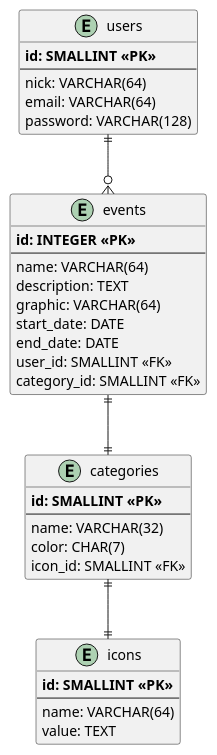
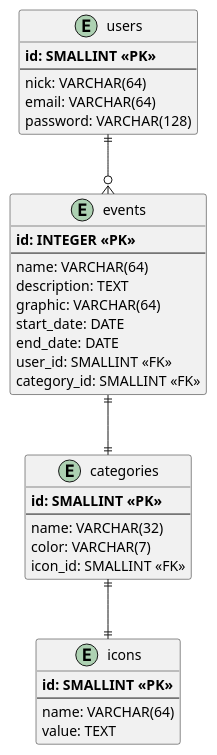
Before and after one commit to SzymonKwiecinski/pw_zai_project_1: the diagram in Diagrams/Database.puml, drawn with PlantUML. The commit also changed 1 other file, not shown here.

```diff
--- a/Diagrams/Database.puml
+++ b/Diagrams/Database.puml
@@ -1,48 +1,48 @@
 @startuml
 ' hide the spot
 ' hide circle
 
 ' avoid problems with angled crows feet
 skinparam linetype ortho
 
 entity users {
   **id: SMALLINT <<PK>>**
   --
   nick: VARCHAR(64)
   email: VARCHAR(64)
   password: VARCHAR(128)
 }
 
 entity events {
   **id: INTEGER <<PK>>**
   --
   name: VARCHAR(64)
   description: TEXT
   graphic: VARCHAR(64)
   start_date: DATE
   end_date: DATE
   user_id: SMALLINT <<FK>>
   category_id: SMALLINT <<FK>>
 }
 
 entity categories {
   **id: SMALLINT <<PK>>**
   --
   name: VARCHAR(32)
-  color: CHAR(7)
+  color: VARCHAR(7)
   icon_id: SMALLINT <<FK>>
 }
 
 entity icons {
   **id: SMALLINT <<PK>>**
   --
   name: VARCHAR(64)
   value: TEXT
 }
 
 
 users ||--o{ events
 events ||--|| categories
 categories ||--|| icons
 
 @enduml
```
